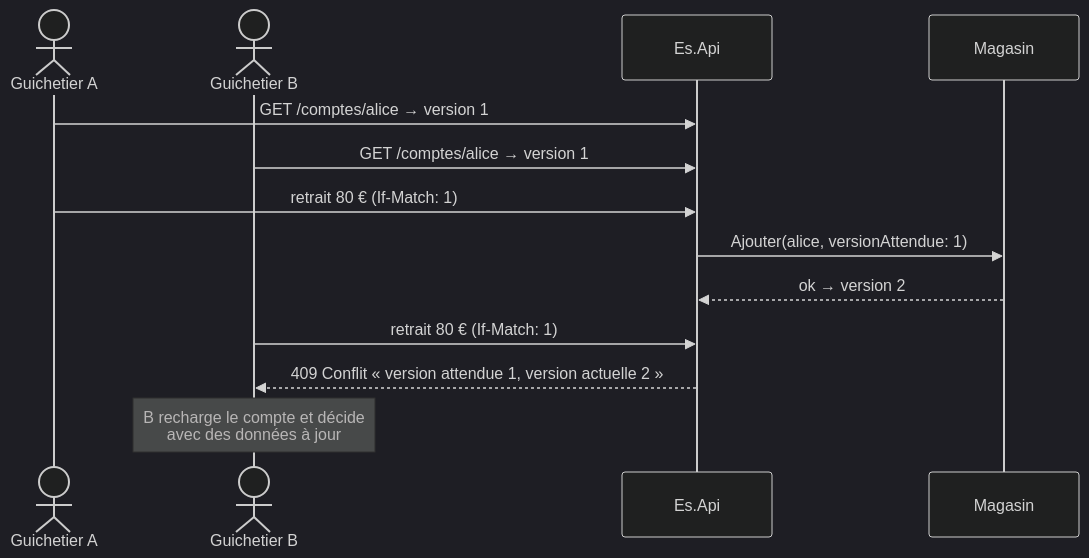
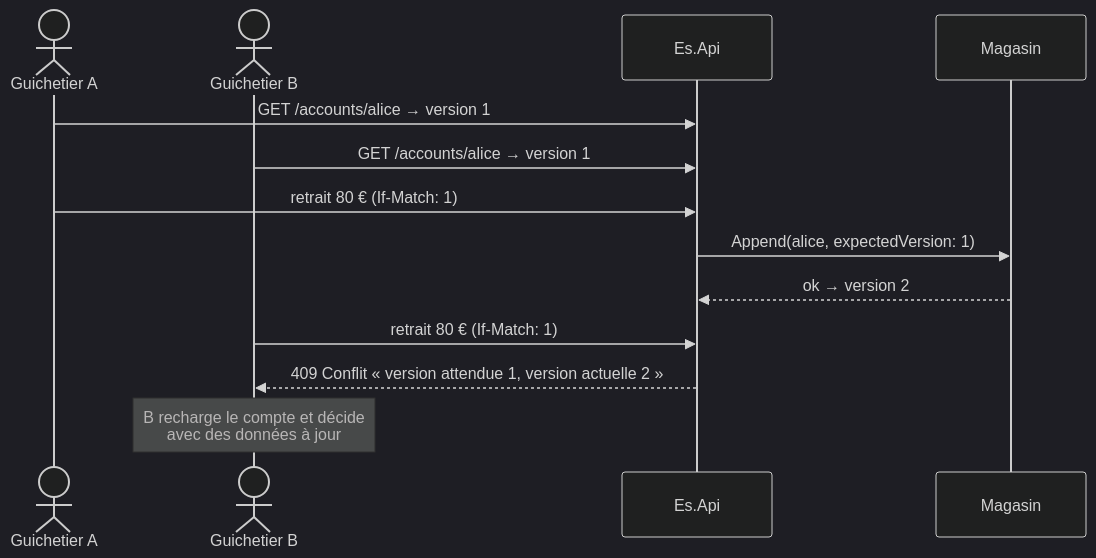
Before and after one commit to drangoht/ArchitecturesDemo: the fourth of 4 diagrams in Docs/10-event-sourcing.md, drawn with Mermaid (dark theme). The commit also changed other lines of this file and 70 other files, not shown here.

Commit message:
Docs FR : identifiants, liens, diagrammes et sorties alignés sur le code anglais

````diff
--- a/Docs/10-event-sourcing.md
+++ b/Docs/10-event-sourcing.md
@@ -160,15 +160,15 @@
 ```mermaid
 sequenceDiagram
     actor A as Guichetier A
     actor B as Guichetier B
     participant API as Es.Api
     participant M as Magasin
-    A->>API: GET /comptes/alice → version 1
-    B->>API: GET /comptes/alice → version 1
+    A->>API: GET /accounts/alice → version 1
+    B->>API: GET /accounts/alice → version 1
     A->>API: retrait 80 € (If-Match: 1)
-    API->>M: Ajouter(alice, versionAttendue: 1)
+    API->>M: Append(alice, expectedVersion: 1)
     M-->>API: ok → version 2
     B->>API: retrait 80 € (If-Match: 1)
     API-->>B: 409 Conflit « version attendue 1, version actuelle 2 »
     Note over B: B recharge le compte et décide<br/>avec des données à jour
 ```
````
